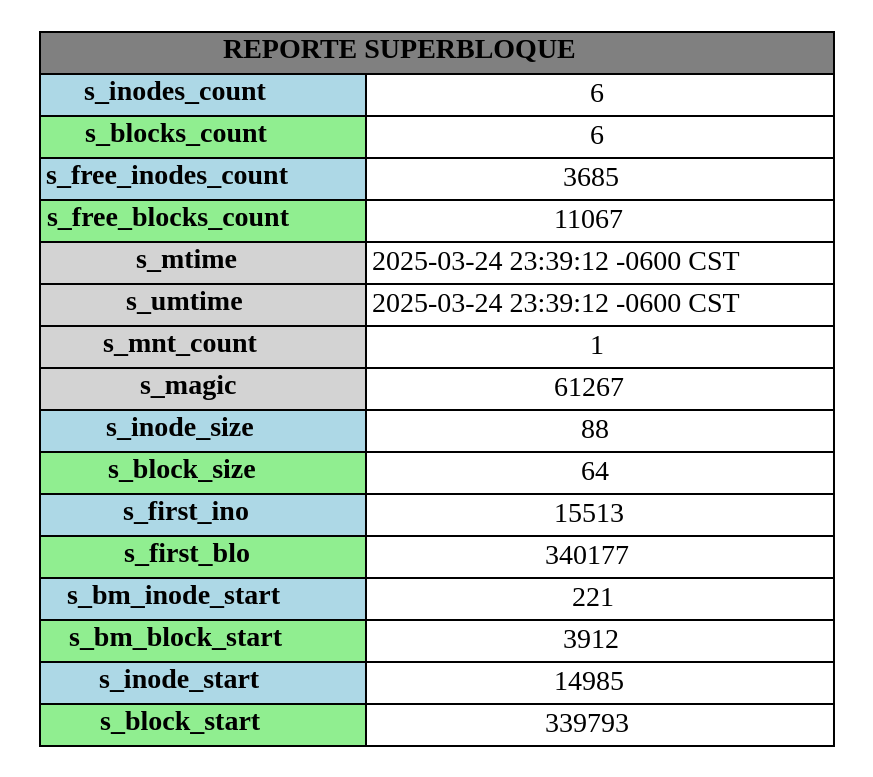
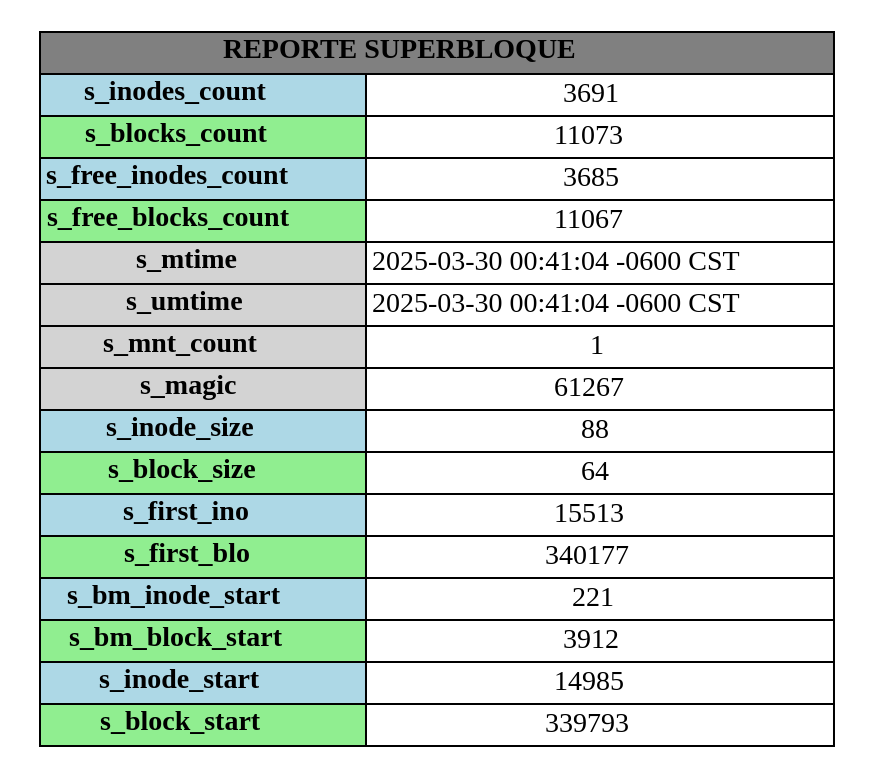
One commit to Ennero/MIA_1S2025_P1_202302220 changed the diagram in backend/output/report_sb.dot. Above: the diagram before and after it, drawn with Graphviz. The commit also changed 23 other files, not shown here.

```diff
--- a/backend/output/report_sb.dot
+++ b/backend/output/report_sb.dot
@@ -1,22 +1,22 @@
 digraph G {
 	node [shape=plaintext]
 	tabla [label=<
 		<table border="0" cellborder="1" cellspacing="0">
 			<tr><td colspan="2" bgcolor="gray"><b> REPORTE SUPERBLOQUE </b></td></tr>
-			<tr><td bgcolor="lightblue"><b>s_inodes_count</b></td><td>6</td></tr>
-			<tr><td bgcolor="lightgreen"><b>s_blocks_count</b></td><td>6</td></tr>
+			<tr><td bgcolor="lightblue"><b>s_inodes_count</b></td><td>3691</td></tr>
+			<tr><td bgcolor="lightgreen"><b>s_blocks_count</b></td><td>11073</td></tr>
 			<tr><td bgcolor="lightblue"><b>s_free_inodes_count</b></td><td>3685</td></tr>
 			<tr><td bgcolor="lightgreen"><b>s_free_blocks_count</b></td><td>11067</td></tr>
-			<tr><td bgcolor="lightgray"><b>s_mtime</b></td><td>2025-03-24 23:39:12 -0600 CST</td></tr>
-			<tr><td bgcolor="lightgray"><b>s_umtime</b></td><td>2025-03-24 23:39:12 -0600 CST</td></tr>
+			<tr><td bgcolor="lightgray"><b>s_mtime</b></td><td>2025-03-30 00:41:04 -0600 CST</td></tr>
+			<tr><td bgcolor="lightgray"><b>s_umtime</b></td><td>2025-03-30 00:41:04 -0600 CST</td></tr>
 			<tr><td bgcolor="lightgray"><b>s_mnt_count</b></td><td>1</td></tr>
 			<tr><td bgcolor="lightgray"><b>s_magic</b></td><td>61267</td></tr>
 			<tr><td bgcolor="lightblue"><b>s_inode_size</b></td><td>88</td></tr>
 			<tr><td bgcolor="lightgreen"><b>s_block_size</b></td><td>64</td></tr>
 			<tr><td bgcolor="lightblue"><b>s_first_ino</b></td><td>15513</td></tr>
 			<tr><td bgcolor="lightgreen"><b>s_first_blo</b></td><td>340177</td></tr>
 			<tr><td bgcolor="lightblue"><b>s_bm_inode_start</b></td><td>221</td></tr>
 			<tr><td bgcolor="lightgreen"><b>s_bm_block_start</b></td><td>3912</td></tr>
 			<tr><td bgcolor="lightblue"><b>s_inode_start</b></td><td>14985</td></tr>
 			<tr><td bgcolor="lightgreen"><b>s_block_start</b></td><td>339793</td></tr>
 		</table>>] }
```
